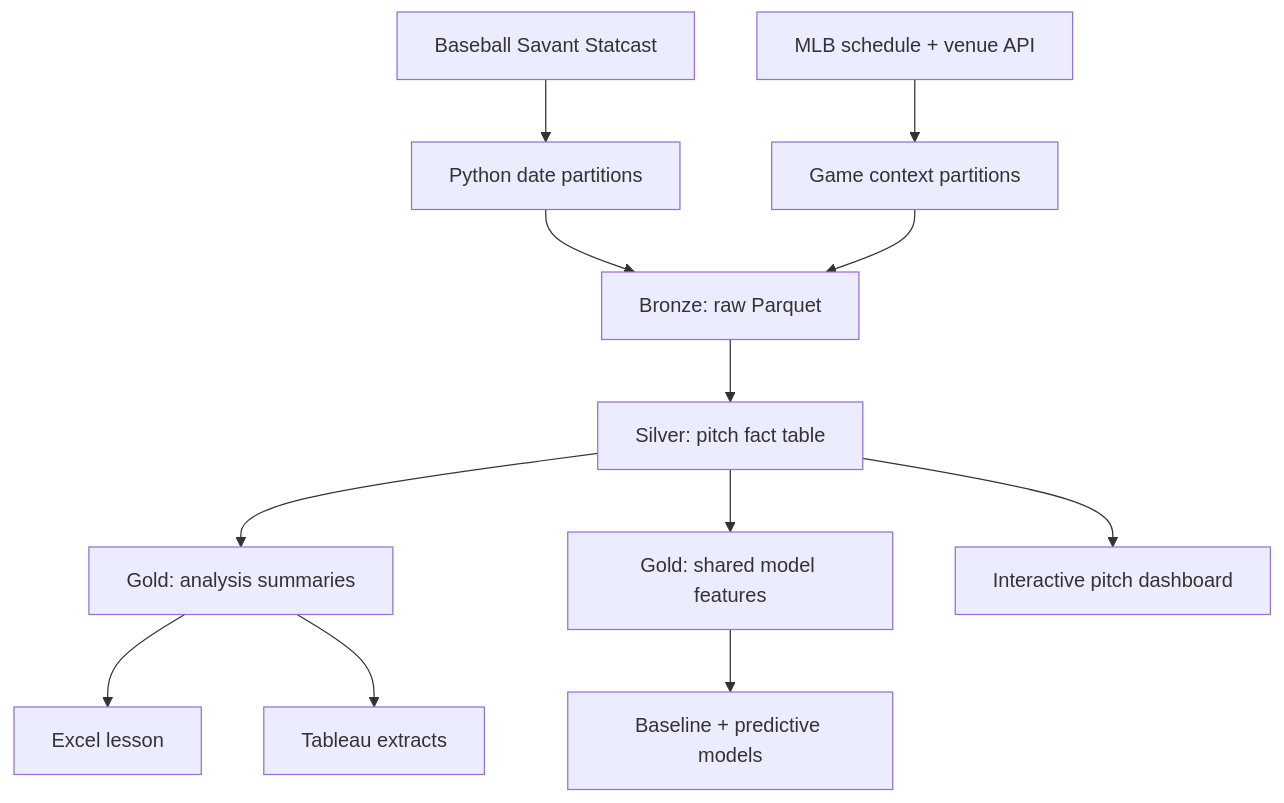
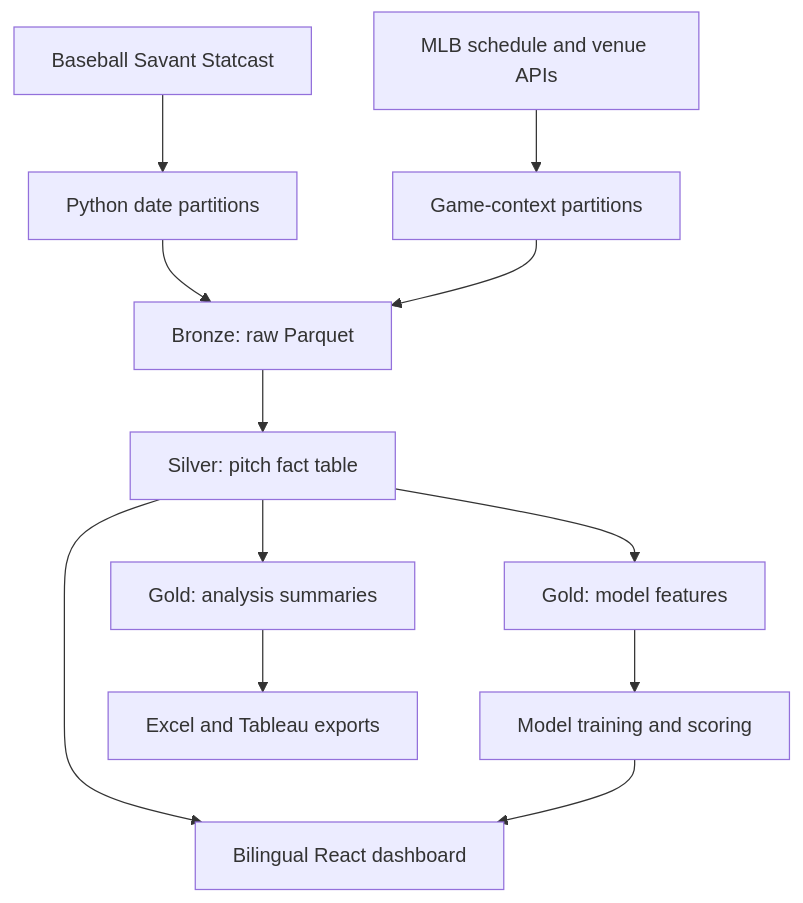
Before and after one commit to Chuanris/mlb-pitch-analytics: the first of 2 diagrams in README.md, drawn with Mermaid. The commit also changed other lines of this file, not shown here.

Commit message:
Add bilingual English and Traditional Chinese README

````diff
--- a/README.md
+++ b/README.md
@@ -23,14 +34,14 @@
 ```mermaid
 flowchart TD
     A["Baseball Savant Statcast"] --> B["Python date partitions"]
-    W["MLB schedule + venue API"] --> X["Game context partitions"]
+    W["MLB schedule and venue APIs"] --> X["Game-context partitions"]
     B --> C["Bronze: raw Parquet"]
     X --> C
     C --> D["Silver: pitch fact table"]
     D --> E["Gold: analysis summaries"]
-    D --> M["Gold: shared model features"]
-    M --> N["Baseline + predictive models"]
-    E --> F["Excel lesson"]
-    E --> G["Tableau extracts"]
-    D --> H["Interactive pitch dashboard"]
+    D --> M["Gold: model features"]
+    M --> N["Model training and scoring"]
+    E --> F["Excel and Tableau exports"]
+    D --> H["Bilingual React dashboard"]
+    N --> H
 ```
````
